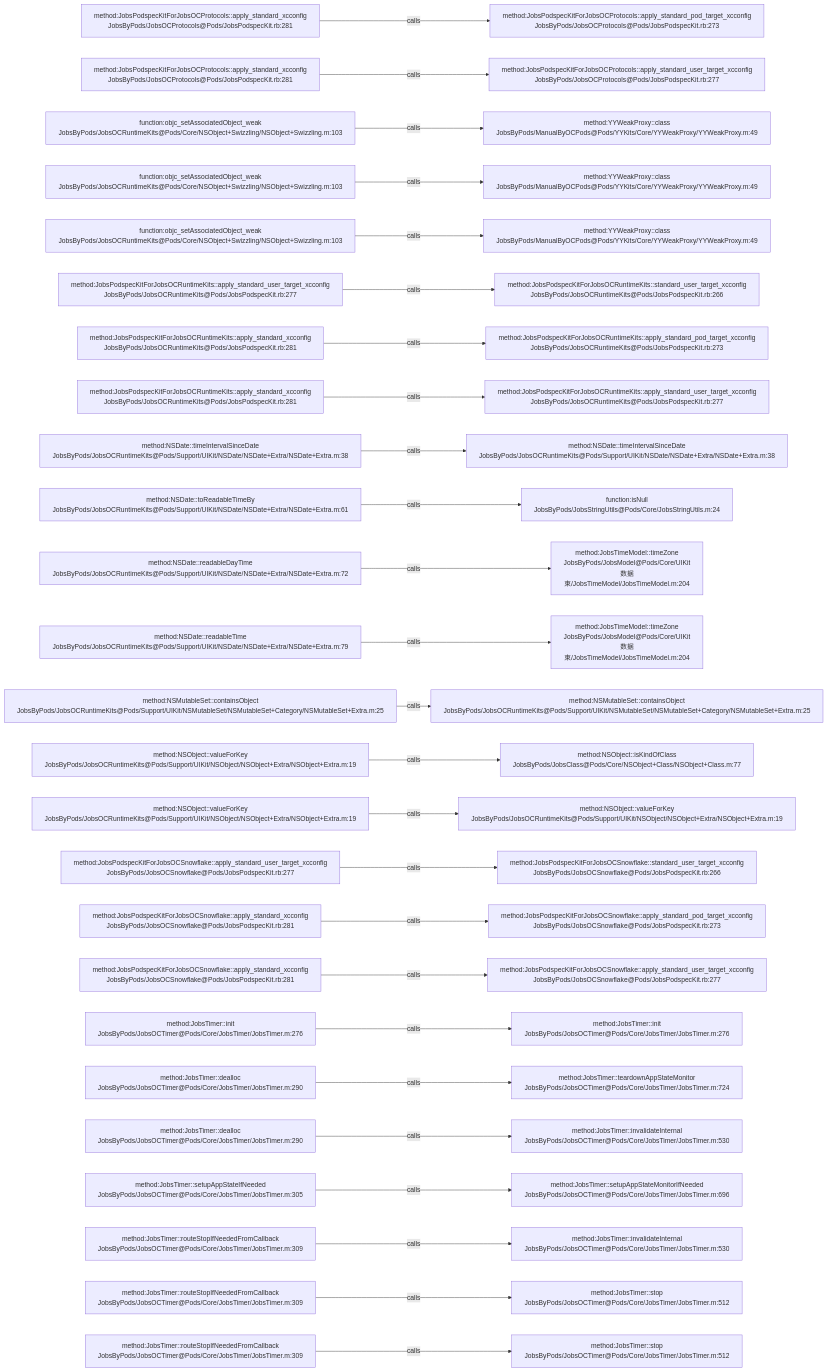
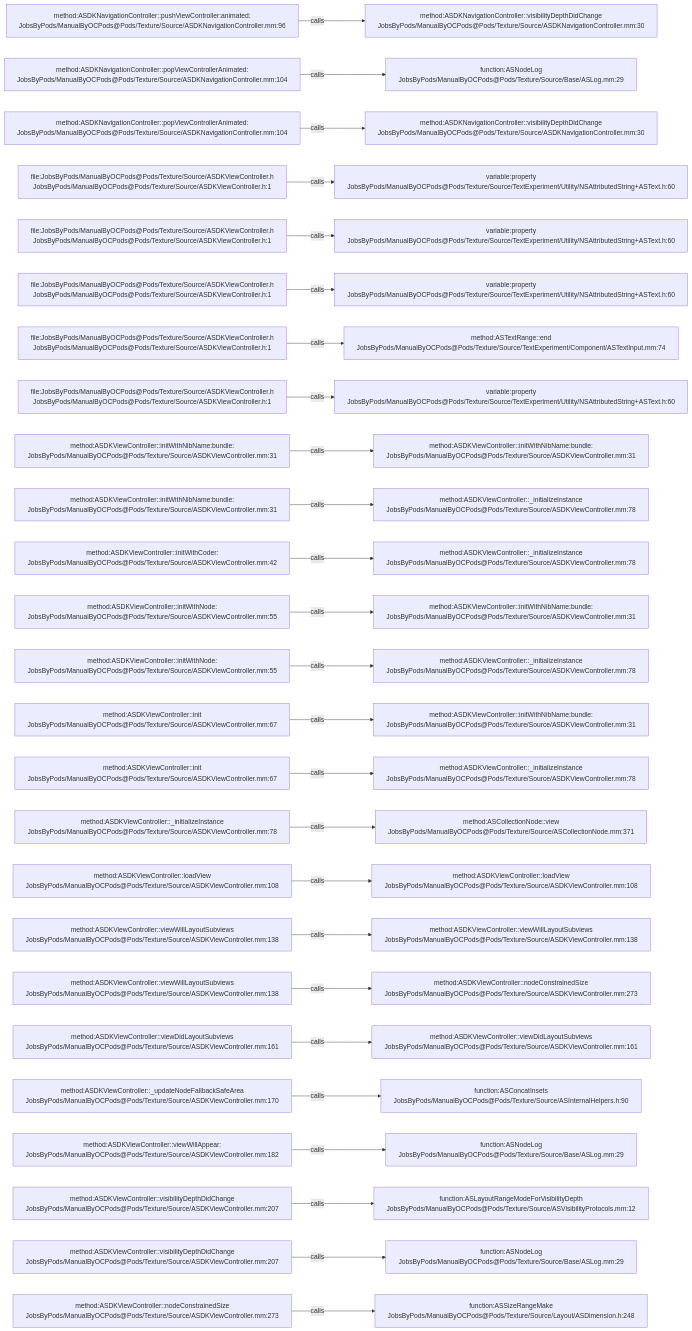
One commit to JobsKits/JobsOCBaseConfigDemo changed the diagram in .codegraph/codegraph.md/graphs/calls-096.md. Above: the diagram before and after it, drawn with Mermaid. The commit also changed 2162 other files, not shown here.

````diff
--- a/.codegraph/codegraph.md/graphs/calls-096.md
+++ b/.codegraph/codegraph.md/graphs/calls-096.md
@@ -13,78 +13,78 @@
 ```mermaid
 flowchart LR
-  S1["method:JobsPodspecKitForJobsOCProtocols::apply_standard_xcconfig<br/>JobsByPods/JobsOCProtocols@Pods/JobsPodspecKit.rb:281"]
-  T1["method:JobsPodspecKitForJobsOCProtocols::apply_standard_pod_target_xcconfig<br/>JobsByPods/JobsOCProtocols@Pods/JobsPodspecKit.rb:273"]
+  S1["method:ASDKNavigationController::pushViewController:animated:<br/>JobsByPods/ManualByOCPods@Pods/Texture/Source/ASDKNavigationController.mm:96"]
+  T1["method:ASDKNavigationController::visibilityDepthDidChange<br/>JobsByPods/ManualByOCPods@Pods/Texture/Source/ASDKNavigationController.mm:30"]
   S1 -->|calls| T1
-  S2["method:JobsPodspecKitForJobsOCProtocols::apply_standard_xcconfig<br/>JobsByPods/JobsOCProtocols@Pods/JobsPodspecKit.rb:281"]
-  T2["method:JobsPodspecKitForJobsOCProtocols::apply_standard_user_target_xcconfig<br/>JobsByPods/JobsOCProtocols@Pods/JobsPodspecKit.rb:277"]
+  S2["method:ASDKNavigationController::popViewControllerAnimated:<br/>JobsByPods/ManualByOCPods@Pods/Texture/Source/ASDKNavigationController.mm:104"]
+  T2["function:ASNodeLog<br/>JobsByPods/ManualByOCPods@Pods/Texture/Source/Base/ASLog.mm:29"]
   S2 -->|calls| T2
-  S3["function:objc_setAssociatedObject_weak<br/>JobsByPods/JobsOCRuntimeKits@Pods/Core/NSObject+Swizzling/NSObject+Swizzling.m:103"]
-  T3["method:YYWeakProxy::class<br/>JobsByPods/ManualByOCPods@Pods/YYKits/Core/YYWeakProxy/YYWeakProxy.m:49"]
+  S3["method:ASDKNavigationController::popViewControllerAnimated:<br/>JobsByPods/ManualByOCPods@Pods/Texture/Source/ASDKNavigationController.mm:104"]
+  T3["method:ASDKNavigationController::visibilityDepthDidChange<br/>JobsByPods/ManualByOCPods@Pods/Texture/Source/ASDKNavigationController.mm:30"]
   S3 -->|calls| T3
-  S4["function:objc_setAssociatedObject_weak<br/>JobsByPods/JobsOCRuntimeKits@Pods/Core/NSObject+Swizzling/NSObject+Swizzling.m:103"]
-  T4["method:YYWeakProxy::class<br/>JobsByPods/ManualByOCPods@Pods/YYKits/Core/YYWeakProxy/YYWeakProxy.m:49"]
+  S4["file:JobsByPods/ManualByOCPods@Pods/Texture/Source/ASDKViewController.h<br/>JobsByPods/ManualByOCPods@Pods/Texture/Source/ASDKViewController.h:1"]
+  T4["variable:property<br/>JobsByPods/ManualByOCPods@Pods/Texture/Source/TextExperiment/Utility/NSAttributedString+ASText.h:60"]
   S4 -->|calls| T4
-  S5["function:objc_setAssociatedObject_weak<br/>JobsByPods/JobsOCRuntimeKits@Pods/Core/NSObject+Swizzling/NSObject+Swizzling.m:103"]
-  T5["method:YYWeakProxy::class<br/>JobsByPods/ManualByOCPods@Pods/YYKits/Core/YYWeakProxy/YYWeakProxy.m:49"]
+  S5["file:JobsByPods/ManualByOCPods@Pods/Texture/Source/ASDKViewController.h<br/>JobsByPods/ManualByOCPods@Pods/Texture/Source/ASDKViewController.h:1"]
+  T5["variable:property<br/>JobsByPods/ManualByOCPods@Pods/Texture/Source/TextExperiment/Utility/NSAttributedString+ASText.h:60"]
   S5 -->|calls| T5
-  S6["method:JobsPodspecKitForJobsOCRuntimeKits::apply_standard_user_target_xcconfig<br/>JobsByPods/JobsOCRuntimeKits@Pods/JobsPodspecKit.rb:277"]
-  T6["method:JobsPodspecKitForJobsOCRuntimeKits::standard_user_target_xcconfig<br/>JobsByPods/JobsOCRuntimeKits@Pods/JobsPodspecKit.rb:266"]
+  S6["file:JobsByPods/ManualByOCPods@Pods/Texture/Source/ASDKViewController.h<br/>JobsByPods/ManualByOCPods@Pods/Texture/Source/ASDKViewController.h:1"]
+  T6["variable:property<br/>JobsByPods/ManualByOCPods@Pods/Texture/Source/TextExperiment/Utility/NSAttributedString+ASText.h:60"]
   S6 -->|calls| T6
-  S7["method:JobsPodspecKitForJobsOCRuntimeKits::apply_standard_xcconfig<br/>JobsByPods/JobsOCRuntimeKits@Pods/JobsPodspecKit.rb:281"]
-  T7["method:JobsPodspecKitForJobsOCRuntimeKits::apply_standard_pod_target_xcconfig<br/>JobsByPods/JobsOCRuntimeKits@Pods/JobsPodspecKit.rb:273"]
+  S7["file:JobsByPods/ManualByOCPods@Pods/Texture/Source/ASDKViewController.h<br/>JobsByPods/ManualByOCPods@Pods/Texture/Source/ASDKViewController.h:1"]
+  T7["method:ASTextRange::end<br/>JobsByPods/ManualByOCPods@Pods/Texture/Source/TextExperiment/Component/ASTextInput.mm:74"]
   S7 -->|calls| T7
-  S8["method:JobsPodspecKitForJobsOCRuntimeKits::apply_standard_xcconfig<br/>JobsByPods/JobsOCRuntimeKits@Pods/JobsPodspecKit.rb:281"]
-  T8["method:JobsPodspecKitForJobsOCRuntimeKits::apply_standard_user_target_xcconfig<br/>JobsByPods/JobsOCRuntimeKits@Pods/JobsPodspecKit.rb:277"]
+  S8["file:JobsByPods/ManualByOCPods@Pods/Texture/Source/ASDKViewController.h<br/>JobsByPods/ManualByOCPods@Pods/Texture/Source/ASDKViewController.h:1"]
+  T8["variable:property<br/>JobsByPods/ManualByOCPods@Pods/Texture/Source/TextExperiment/Utility/NSAttributedString+ASText.h:60"]
   S8 -->|calls| T8
-  S9["method:NSDate::timeIntervalSinceDate<br/>JobsByPods/JobsOCRuntimeKits@Pods/Support/UIKit/NSDate/NSDate+Extra/NSDate+Extra.m:38"]
-  T9["method:NSDate::timeIntervalSinceDate<br/>JobsByPods/JobsOCRuntimeKits@Pods/Support/UIKit/NSDate/NSDate+Extra/NSDate+Extra.m:38"]
+  S9["method:ASDKViewController::initWithNibName:bundle:<br/>JobsByPods/ManualByOCPods@Pods/Texture/Source/ASDKViewController.mm:31"]
+  T9["method:ASDKViewController::initWithNibName:bundle:<br/>JobsByPods/ManualByOCPods@Pods/Texture/Source/ASDKViewController.mm:31"]
   S9 -->|calls| T9
-  S10["method:NSDate::toReadableTimeBy<br/>JobsByPods/JobsOCRuntimeKits@Pods/Support/UIKit/NSDate/NSDate+Extra/NSDate+Extra.m:61"]
-  T10["function:isNull<br/>JobsByPods/JobsStringUtils@Pods/Core/JobsStringUtils.m:24"]
+  S10["method:ASDKViewController::initWithNibName:bundle:<br/>JobsByPods/ManualByOCPods@Pods/Texture/Source/ASDKViewController.mm:31"]
+  T10["method:ASDKViewController::_initializeInstance<br/>JobsByPods/ManualByOCPods@Pods/Texture/Source/ASDKViewController.mm:78"]
   S10 -->|calls| T10
-  S11["method:NSDate::readableDayTime<br/>JobsByPods/JobsOCRuntimeKits@Pods/Support/UIKit/NSDate/NSDate+Extra/NSDate+Extra.m:72"]
-  T11["method:JobsTimeModel::timeZone<br/>JobsByPods/JobsModel@Pods/Core/UIKit数据束/JobsTimeModel/JobsTimeModel.m:204"]
+  S11["method:ASDKViewController::initWithCoder:<br/>JobsByPods/ManualByOCPods@Pods/Texture/Source/ASDKViewController.mm:42"]
+  T11["method:ASDKViewController::_initializeInstance<br/>JobsByPods/ManualByOCPods@Pods/Texture/Source/ASDKViewController.mm:78"]
   S11 -->|calls| T11
-  S12["method:NSDate::readableTime<br/>JobsByPods/JobsOCRuntimeKits@Pods/Support/UIKit/NSDate/NSDate+Extra/NSDate+Extra.m:79"]
-  T12["method:JobsTimeModel::timeZone<br/>JobsByPods/JobsModel@Pods/Core/UIKit数据束/JobsTimeModel/JobsTimeModel.m:204"]
+  S12["method:ASDKViewController::initWithNode:<br/>JobsByPods/ManualByOCPods@Pods/Texture/Source/ASDKViewController.mm:55"]
+  T12["method:ASDKViewController::initWithNibName:bundle:<br/>JobsByPods/ManualByOCPods@Pods/Texture/Source/ASDKViewController.mm:31"]
   S12 -->|calls| T12
-  S13["method:NSMutableSet::containsObject<br/>JobsByPods/JobsOCRuntimeKits@Pods/Support/UIKit/NSMutableSet/NSMutableSet+Category/NSMutableSet+Extra.m:25"]
-  T13["method:NSMutableSet::containsObject<br/>JobsByPods/JobsOCRuntimeKits@Pods/Support/UIKit/NSMutableSet/NSMutableSet+Category/NSMutableSet+Extra.m:25"]
+  S13["method:ASDKViewController::initWithNode:<br/>JobsByPods/ManualByOCPods@Pods/Texture/Source/ASDKViewController.mm:55"]
+  T13["method:ASDKViewController::_initializeInstance<br/>JobsByPods/ManualByOCPods@Pods/Texture/Source/ASDKViewController.mm:78"]
   S13 -->|calls| T13
-  S14["method:NSObject::valueForKey<br/>JobsByPods/JobsOCRuntimeKits@Pods/Support/UIKit/NSObject/NSObject+Extra/NSObject+Extra.m:19"]
-  T14["method:NSObject::isKindOfClass<br/>JobsByPods/JobsClass@Pods/Core/NSObject+Class/NSObject+Class.m:77"]
+  S14["method:ASDKViewController::init<br/>JobsByPods/ManualByOCPods@Pods/Texture/Source/ASDKViewController.mm:67"]
+  T14["method:ASDKViewController::initWithNibName:bundle:<br/>JobsByPods/ManualByOCPods@Pods/Texture/Source/ASDKViewController.mm:31"]
   S14 -->|calls| T14
-  S15["method:NSObject::valueForKey<br/>JobsByPods/JobsOCRuntimeKits@Pods/Support/UIKit/NSObject/NSObject+Extra/NSObject+Extra.m:19"]
-  T15["method:NSObject::valueForKey<br/>JobsByPods/JobsOCRuntimeKits@Pods/Support/UIKit/NSObject/NSObject+Extra/NSObject+Extra.m:19"]
+  S15["method:ASDKViewController::init<br/>JobsByPods/ManualByOCPods@Pods/Texture/Source/ASDKViewController.mm:67"]
+  T15["method:ASDKViewController::_initializeInstance<br/>JobsByPods/ManualByOCPods@Pods/Texture/Source/ASDKViewController.mm:78"]
   S15 -->|calls| T15
-  S16["method:JobsPodspecKitForJobsOCSnowflake::apply_standard_user_target_xcconfig<br/>JobsByPods/JobsOCSnowflake@Pods/JobsPodspecKit.rb:277"]
-  T16["method:JobsPodspecKitForJobsOCSnowflake::standard_user_target_xcconfig<br/>JobsByPods/JobsOCSnowflake@Pods/JobsPodspecKit.rb:266"]
+  S16["method:ASDKViewController::_initializeInstance<br/>JobsByPods/ManualByOCPods@Pods/Texture/Source/ASDKViewController.mm:78"]
+  T16["method:ASCollectionNode::view<br/>JobsByPods/ManualByOCPods@Pods/Texture/Source/ASCollectionNode.mm:371"]
   S16 -->|calls| T16
-  S17["method:JobsPodspecKitForJobsOCSnowflake::apply_standard_xcconfig<br/>JobsByPods/JobsOCSnowflake@Pods/JobsPodspecKit.rb:281"]
-  T17["method:JobsPodspecKitForJobsOCSnowflake::apply_standard_pod_target_xcconfig<br/>JobsByPods/JobsOCSnowflake@Pods/JobsPodspecKit.rb:273"]
+  S17["method:ASDKViewController::loadView<br/>JobsByPods/ManualByOCPods@Pods/Texture/Source/ASDKViewController.mm:108"]
+  T17["method:ASDKViewController::loadView<br/>JobsByPods/ManualByOCPods@Pods/Texture/Source/ASDKViewController.mm:108"]
   S17 -->|calls| T17
-  S18["method:JobsPodspecKitForJobsOCSnowflake::apply_standard_xcconfig<br/>JobsByPods/JobsOCSnowflake@Pods/JobsPodspecKit.rb:281"]
-  T18["method:JobsPodspecKitForJobsOCSnowflake::apply_standard_user_target_xcconfig<br/>JobsByPods/JobsOCSnowflake@Pods/JobsPodspecKit.rb:277"]
+  S18["method:ASDKViewController::viewWillLayoutSubviews<br/>JobsByPods/ManualByOCPods@Pods/Texture/Source/ASDKViewController.mm:138"]
+  T18["method:ASDKViewController::viewWillLayoutSubviews<br/>JobsByPods/ManualByOCPods@Pods/Texture/Source/ASDKViewController.mm:138"]
   S18 -->|calls| T18
-  S19["method:JobsTimer::init<br/>JobsByPods/JobsOCTimer@Pods/Core/JobsTimer/JobsTimer.m:276"]
-  T19["method:JobsTimer::init<br/>JobsByPods/JobsOCTimer@Pods/Core/JobsTimer/JobsTimer.m:276"]
+  S19["method:ASDKViewController::viewWillLayoutSubviews<br/>JobsByPods/ManualByOCPods@Pods/Texture/Source/ASDKViewController.mm:138"]
+  T19["method:ASDKViewController::nodeConstrainedSize<br/>JobsByPods/ManualByOCPods@Pods/Texture/Source/ASDKViewController.mm:273"]
   S19 -->|calls| T19
-  S20["method:JobsTimer::dealloc<br/>JobsByPods/JobsOCTimer@Pods/Core/JobsTimer/JobsTimer.m:290"]
-  T20["method:JobsTimer::teardownAppStateMonitor<br/>JobsByPods/JobsOCTimer@Pods/Core/JobsTimer/JobsTimer.m:724"]
+  S20["method:ASDKViewController::viewDidLayoutSubviews<br/>JobsByPods/ManualByOCPods@Pods/Texture/Source/ASDKViewController.mm:161"]
+  T20["method:ASDKViewController::viewDidLayoutSubviews<br/>JobsByPods/ManualByOCPods@Pods/Texture/Source/ASDKViewController.mm:161"]
   S20 -->|calls| T20
-  S21["method:JobsTimer::dealloc<br/>JobsByPods/JobsOCTimer@Pods/Core/JobsTimer/JobsTimer.m:290"]
-  T21["method:JobsTimer::invalidateInternal<br/>JobsByPods/JobsOCTimer@Pods/Core/JobsTimer/JobsTimer.m:530"]
+  S21["method:ASDKViewController::_updateNodeFallbackSafeArea<br/>JobsByPods/ManualByOCPods@Pods/Texture/Source/ASDKViewController.mm:170"]
+  T21["function:ASConcatInsets<br/>JobsByPods/ManualByOCPods@Pods/Texture/Source/ASInternalHelpers.h:90"]
   S21 -->|calls| T21
-  S22["method:JobsTimer::setupAppStateIfNeeded<br/>JobsByPods/JobsOCTimer@Pods/Core/JobsTimer/JobsTimer.m:305"]
-  T22["method:JobsTimer::setupAppStateMonitorIfNeeded<br/>JobsByPods/JobsOCTimer@Pods/Core/JobsTimer/JobsTimer.m:696"]
+  S22["method:ASDKViewController::viewWillAppear:<br/>JobsByPods/ManualByOCPods@Pods/Texture/Source/ASDKViewController.mm:182"]
+  T22["function:ASNodeLog<br/>JobsByPods/ManualByOCPods@Pods/Texture/Source/Base/ASLog.mm:29"]
   S22 -->|calls| T22
-  S23["method:JobsTimer::routeStopIfNeededFromCallback<br/>JobsByPods/JobsOCTimer@Pods/Core/JobsTimer/JobsTimer.m:309"]
-  T23["method:JobsTimer::invalidateInternal<br/>JobsByPods/JobsOCTimer@Pods/Core/JobsTimer/JobsTimer.m:530"]
+  S23["method:ASDKViewController::visibilityDepthDidChange<br/>JobsByPods/ManualByOCPods@Pods/Texture/Source/ASDKViewController.mm:207"]
+  T23["function:ASLayoutRangeModeForVisibilityDepth<br/>JobsByPods/ManualByOCPods@Pods/Texture/Source/ASVisibilityProtocols.mm:12"]
   S23 -->|calls| T23
-  S24["method:JobsTimer::routeStopIfNeededFromCallback<br/>JobsByPods/JobsOCTimer@Pods/Core/JobsTimer/JobsTimer.m:309"]
-  T24["method:JobsTimer::stop<br/>JobsByPods/JobsOCTimer@Pods/Core/JobsTimer/JobsTimer.m:512"]
+  S24["method:ASDKViewController::visibilityDepthDidChange<br/>JobsByPods/ManualByOCPods@Pods/Texture/Source/ASDKViewController.mm:207"]
+  T24["function:ASNodeLog<br/>JobsByPods/ManualByOCPods@Pods/Texture/Source/Base/ASLog.mm:29"]
   S24 -->|calls| T24
-  S25["method:JobsTimer::routeStopIfNeededFromCallback<br/>JobsByPods/JobsOCTimer@Pods/Core/JobsTimer/JobsTimer.m:309"]
-  T25["method:JobsTimer::stop<br/>JobsByPods/JobsOCTimer@Pods/Core/JobsTimer/JobsTimer.m:512"]
+  S25["method:ASDKViewController::nodeConstrainedSize<br/>JobsByPods/ManualByOCPods@Pods/Texture/Source/ASDKViewController.mm:273"]
+  T25["function:ASSizeRangeMake<br/>JobsByPods/ManualByOCPods@Pods/Texture/Source/Layout/ASDimension.h:248"]
   S25 -->|calls| T25
 ```
````
